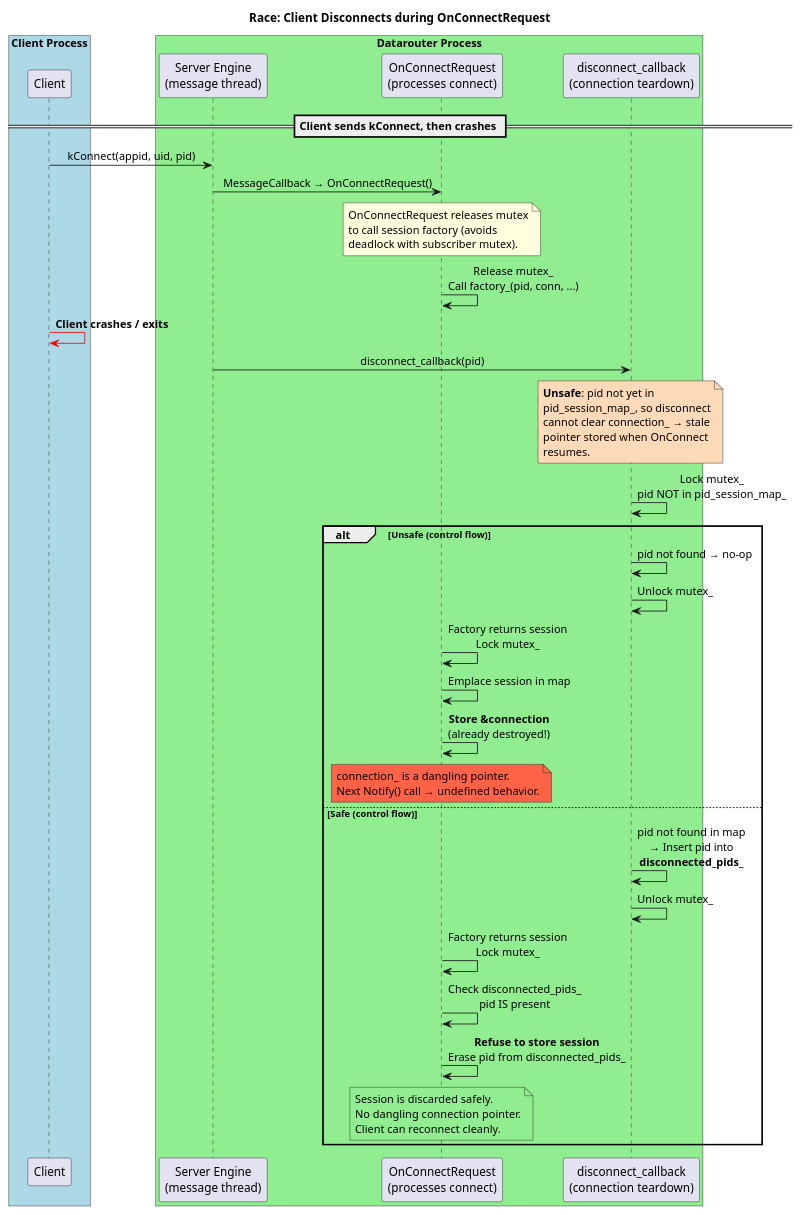
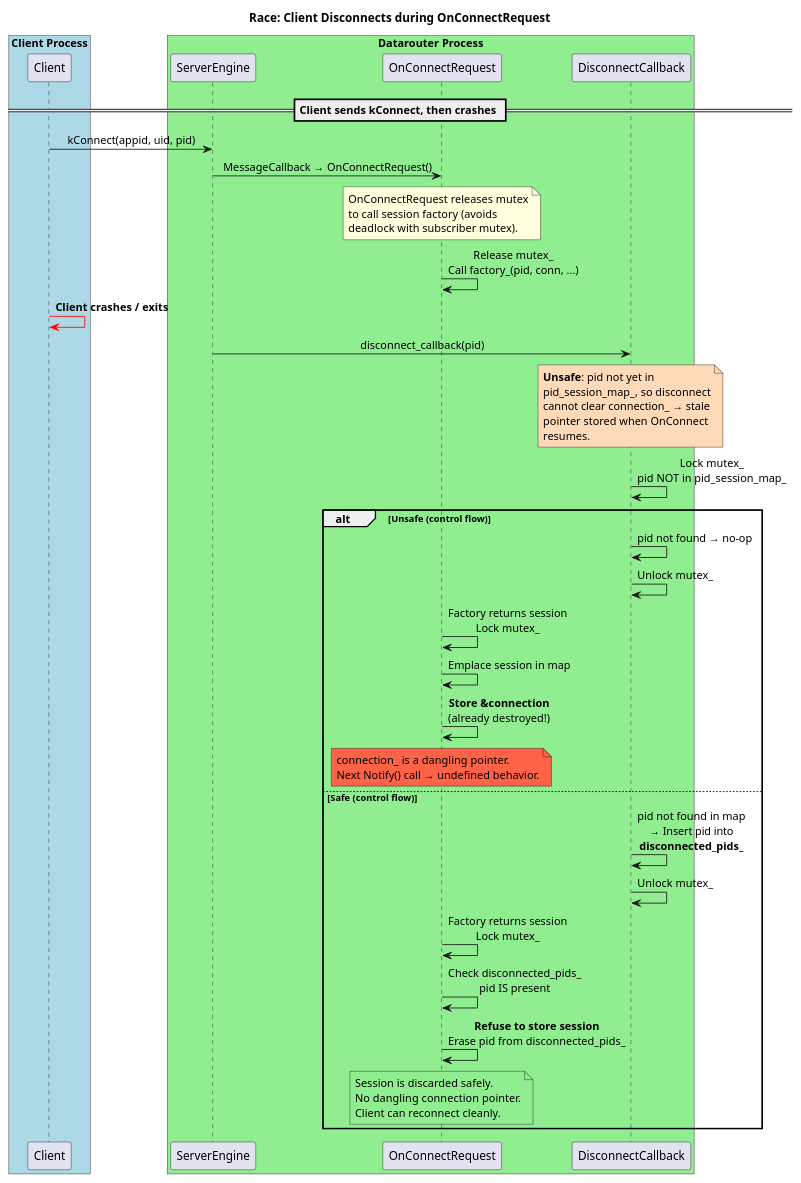
One commit to eclipse-score/logging changed the diagram in score/datarouter/doc/design/uml/sequence_early_disconnect_race.puml. Above: the diagram before and after it, drawn with PlantUML. The commit also changed 7 other files, not shown here.

```diff
--- a/score/datarouter/doc/design/uml/sequence_early_disconnect_race.puml
+++ b/score/datarouter/doc/design/uml/sequence_early_disconnect_race.puml
@@ -14,71 +14,71 @@
 @startuml sequence_early_disconnect_race
 
 title Race: Client Disconnects during OnConnectRequest
 
 skinparam sequenceMessageAlign center
 skinparam responseMessageBelowArrow true
 
 box "Client Process" #LightBlue
     participant "Client" as MC
 end box
 
 box "Datarouter Process" #LightGreen
-    participant "Server Engine\n(message thread)" as SE
-    participant "OnConnectRequest\n(processes connect)" as OC
-    participant "disconnect_callback\n(connection teardown)" as DC
+    participant "ServerEngine" as SE
+    participant "OnConnectRequest" as OC
+    participant "DisconnectCallback" as DC
 end box
 
 == Client sends kConnect, then crashes ==
 
 MC -> SE : kConnect(appid, uid, pid)
 SE -> OC : MessageCallback → OnConnectRequest()
 
 note over OC
   OnConnectRequest releases mutex
   to call session factory (avoids
   deadlock with subscriber mutex).
 end note
 
 OC -> OC : Release mutex_\nCall factory_(pid, conn, ...)
 
 MC -[#red]> MC : **Client crashes / exits**
 
 SE -> DC : disconnect_callback(pid)
 
 note over DC #PeachPuff
   **Unsafe**: pid not yet in
   pid_session_map_, so disconnect
   cannot clear connection_ → stale
   pointer stored when OnConnect
   resumes.
 end note
 
 DC -> DC : Lock mutex_\npid NOT in pid_session_map_
 
 alt Unsafe (control flow)
   DC -> DC : pid not found → no-op
   DC -> DC : Unlock mutex_
 
   OC -> OC : Factory returns session\nLock mutex_
   OC -> OC : Emplace session in map
   OC -> OC : **Store &connection**\n(already destroyed!)
   note over OC #Tomato
     connection_ is a dangling pointer.
     Next Notify() call → undefined behavior.
   end note
 
 else Safe (control flow)
   DC -> DC : pid not found in map\n→ Insert pid into\n**disconnected_pids_**
   DC -> DC : Unlock mutex_
 
   OC -> OC : Factory returns session\nLock mutex_
   OC -> OC : Check disconnected_pids_\npid IS present
   OC -> OC : **Refuse to store session**\nErase pid from disconnected_pids_
   note over OC #LightGreen
     Session is discarded safely.
     No dangling connection pointer.
     Client can reconnect cleanly.
   end note
 end
 
 @enduml
```
